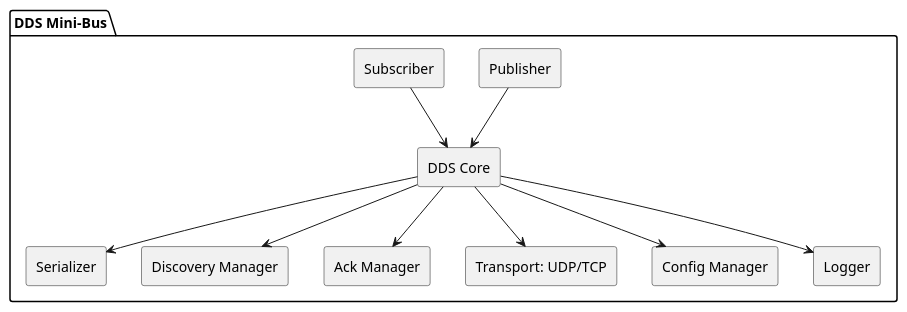
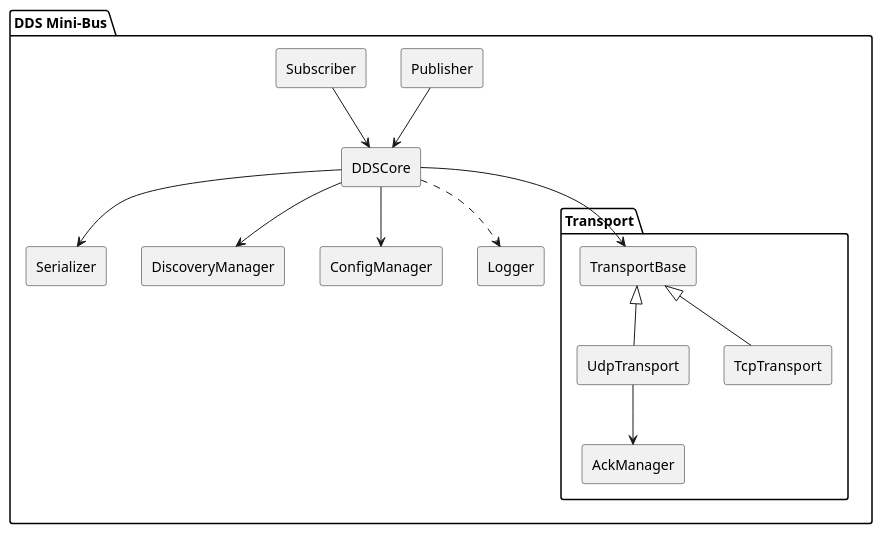
Before and after one commit to amirrezadalvi/DDS_MiniBus: the diagram in docs/diagrams/component.puml, drawn with PlantUML. The commit also changed 2 other files, not shown here.

Commit message:
docs: add Persian Architecture + UML diagrams (component & reliable sequence)

```diff
--- a/docs/diagrams/component.puml
+++ b/docs/diagrams/component.puml
@@ -1,22 +1,33 @@
 @startuml
 skinparam componentStyle rectangle
+skinparam monochrome true
+
 package "DDS Mini-Bus" {
-[DDS Core]
-[Publisher]
-[Subscriber]
-[Serializer]
-[Discovery Manager]
-[Ack Manager]
-[Transport: UDP/TCP]
-[Config Manager]
-[Logger]
+  [DDSCore]
+  [Publisher]
+  [Subscriber]
+  [Serializer]
+  [DiscoveryManager]
+  [ConfigManager]
+  [Logger]
+
+  package Transport {
+    [TransportBase]
+    [UdpTransport]
+    [TcpTransport]
+    [AckManager]
+  }
 }
-[Publisher] --> [DDS Core]
-[Subscriber] --> [DDS Core]
-[DDS Core] --> [Serializer]
-[DDS Core] --> [Discovery Manager]
-[DDS Core] --> [Ack Manager]
-[DDS Core] --> [Transport: UDP/TCP]
-[DDS Core] --> [Logger]
-[DDS Core] --> [Config Manager]
+
+[Publisher] --> [DDSCore]
+[Subscriber] --> [DDSCore]
+[DDSCore] --> [Serializer]
+[DDSCore] --> [DiscoveryManager]
+[DDSCore] --> [ConfigManager]
+[DDSCore] ..> [Logger]
+
+[DDSCore] --> [TransportBase]
+[TransportBase] <|-- [UdpTransport]
+[TransportBase] <|-- [TcpTransport]
+[UdpTransport] --> [AckManager]
 @enduml
```
